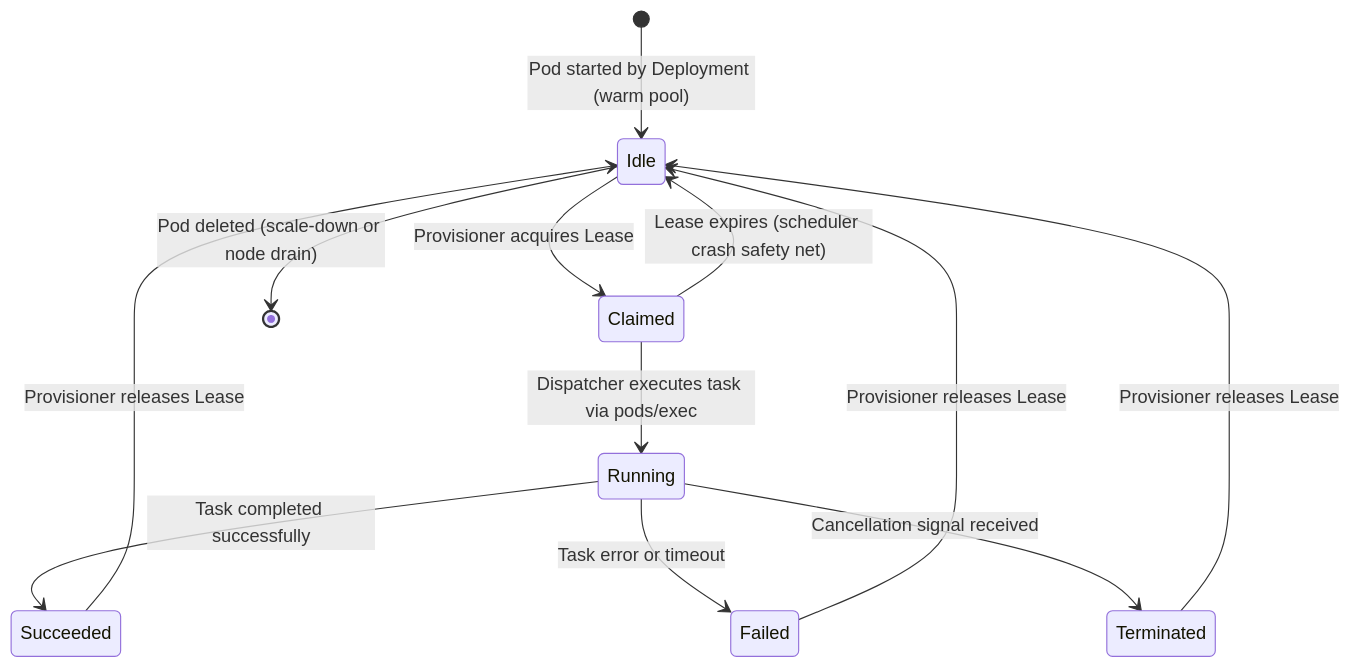
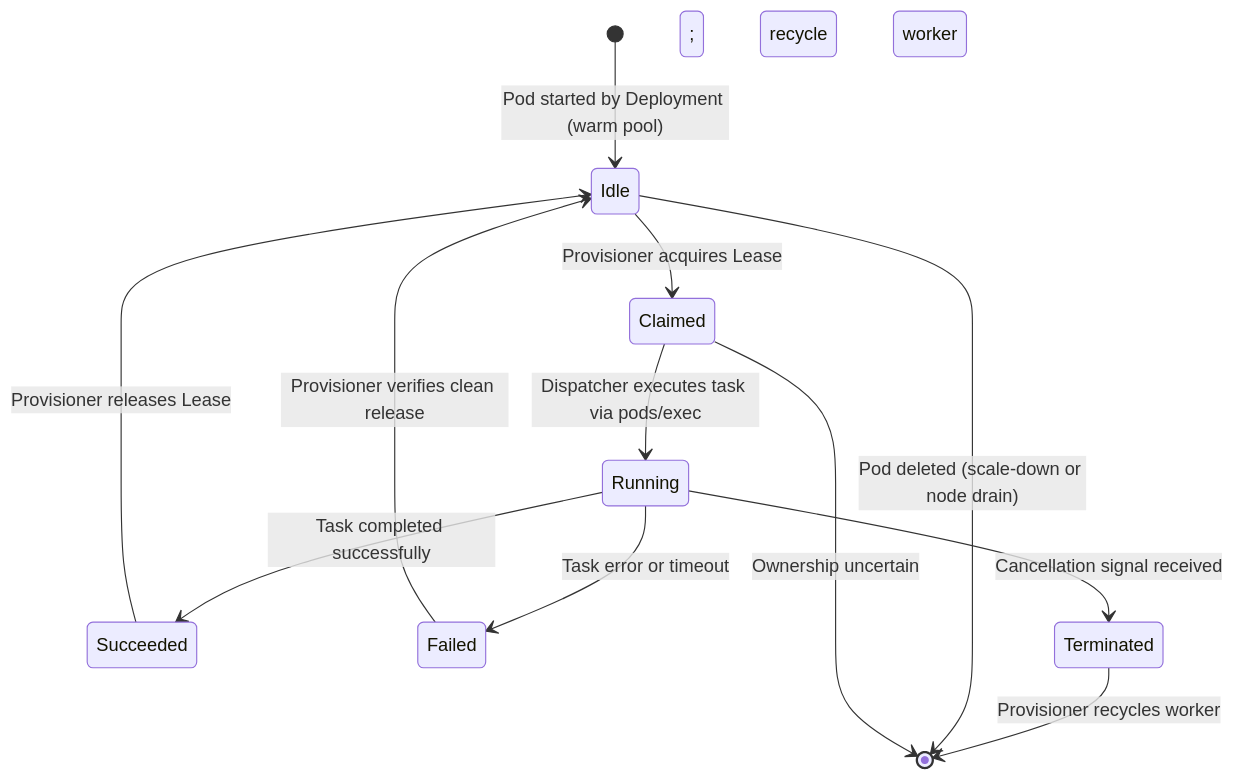
Before and after one commit to manstis/syntara: diagram 13 of 16 in backend/docs/execution-plane.md, drawn with Mermaid. The commit also changed other lines of this file, not shown here.

````diff
--- a/backend/docs/execution-plane.md
+++ b/backend/docs/execution-plane.md
@@ -586,14 +667,14 @@
 ```mermaid
 stateDiagram-v2
     [*] --> Idle: Pod started by Deployment (warm pool)
     Idle --> Claimed: Provisioner acquires Lease
     Claimed --> Running: Dispatcher executes task via pods/exec
     Running --> Succeeded: Task completed successfully
     Running --> Failed: Task error or timeout
     Running --> Terminated: Cancellation signal received
     Succeeded --> Idle: Provisioner releases Lease
-    Failed --> Idle: Provisioner releases Lease
-    Terminated --> Idle: Provisioner releases Lease
+    Failed --> Idle: Provisioner verifies clean release
+    Terminated --> [*]: Provisioner recycles worker
     Idle --> [*]: Pod deleted (scale-down or node drain)
-    Claimed --> Idle: Lease expires (scheduler crash safety net)
+    Claimed --> [*]: Ownership uncertain; recycle worker
 ```
````
